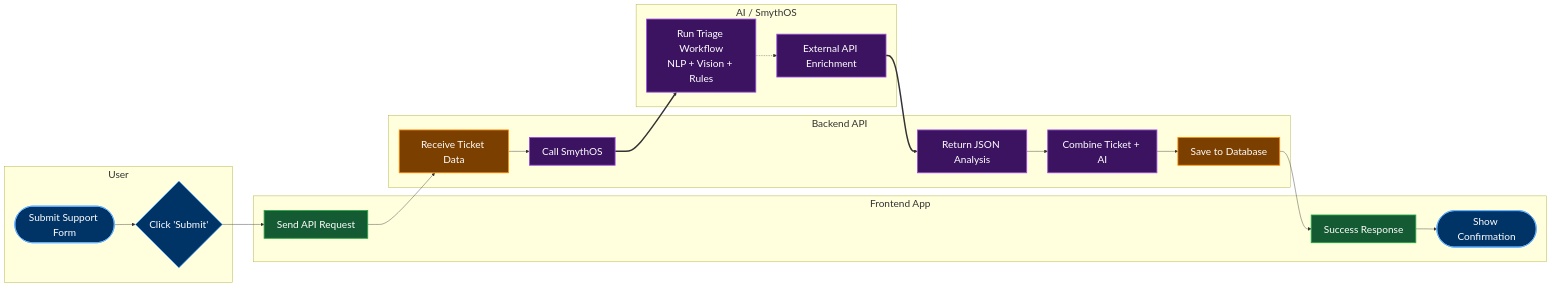
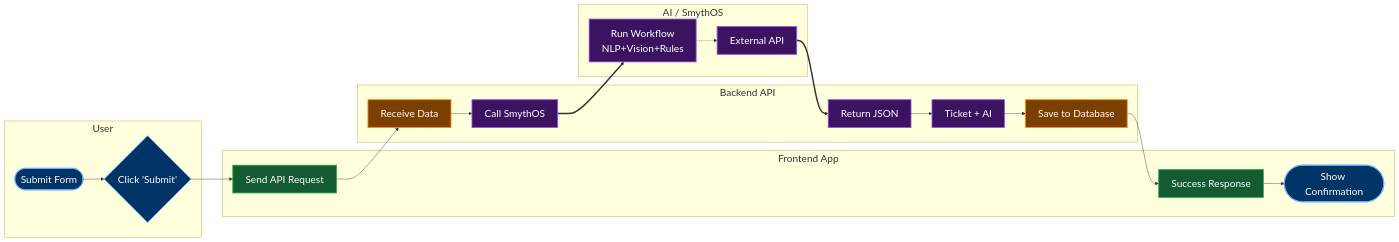
Before and after one commit to RomanNihal/HackTheAI-FInal: the diagram in Activity.md, drawn with Mermaid. The commit also changed 2 other files, not shown here.

Commit message:
Bug remains

````diff
--- a/Activity.md
+++ b/Activity.md
@@ -1,50 +1,50 @@
 ```mermaid
 %% Increase font size for readability
 %%{ init: { 'themeVariables': { 'fontSize': '24px', 'fontFamily': 'Arial' } } }%%
 
 graph LR
 
     %% User
     subgraph "User"
-        A([Submit Support Form]) --> B{Click 'Submit'}
+        A([Submit Form]) --> B{Click 'Submit'}
     end
 
     %% Frontend
     subgraph "Frontend App"
         B --> C[Send API Request]
         K[Success Response] --> L([Show Confirmation])
     end
 
     %% Backend
     subgraph "Backend API"
-        C --> D[Receive Ticket Data]
+        C --> D[Receive Data]
         D --> E[Call SmythOS]
-        H[AI Analysis Received] --> I[Combine Ticket + AI]
+        H[AI Analysis Received] --> I[Ticket + AI]
         I --> J[Save to Database]
         J --> K
     end
 
     %% AI System
     subgraph "AI / SmythOS"
-        E ==> F[Run Triage Workflow<br>NLP + Vision + Rules]
-        F -.-> G[External API Enrichment]
-        G ==> H[Return JSON Analysis]
+        E ==> F[Run Workflow<br>NLP+Vision+Rules]
+        F -.-> G[External API]
+        G ==> H[Return JSON]
     end
 
     %% Styling for dark theme
     style A fill:#003366,stroke:#66B2FF,color:#FFFFFF,stroke-width:2px
     style B fill:#003366,stroke:#66B2FF,color:#FFFFFF,stroke-width:2px
     style L fill:#003366,stroke:#66B2FF,color:#FFFFFF,stroke-width:2px
 
     style C fill:#145A32,stroke:#28A745,color:#FFFFFF,stroke-width:2px
     style K fill:#145A32,stroke:#28A745,color:#FFFFFF,stroke-width:2px
 
     style D fill:#7B3F00,stroke:#FF8C00,color:#FFFFFF,stroke-width:2px
     style J fill:#7B3F00,stroke:#FF8C00,color:#FFFFFF,stroke-width:2px
 
     style E fill:#3C1361,stroke:#9D4EDD,color:#FFFFFF,stroke-width:2px
     style F fill:#3C1361,stroke:#9D4EDD,color:#FFFFFF,stroke-width:2px
     style G fill:#3C1361,stroke:#9D4EDD,color:#FFFFFF,stroke-width:2px
     style H fill:#3C1361,stroke:#9D4EDD,color:#FFFFFF,stroke-width:2px
     style I fill:#3C1361,stroke:#9D4EDD,color:#FFFFFF,stroke-width:2px
 ```
````
